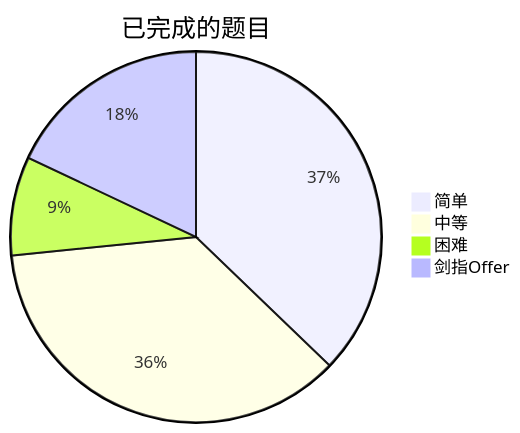
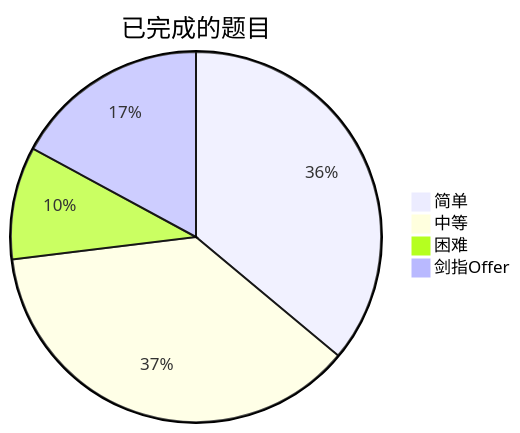
One commit to kaisa911/LeetCode changed the diagram in README.md. Above: the diagram before and after it, drawn with Mermaid. The commit also changed other lines of this file and 23 other files, not shown here.

````diff
--- a/README.md
+++ b/README.md
@@ -9,7 +9,7 @@
 ```mermaid
 pie title 已完成的题目
-    "简单" : 151
-    "中等" : 147
-    "困难" : 35
+    "简单" : 154
+    "中等" : 158
+    "困难" : 42
     "剑指Offer" : 73
 ```
````
